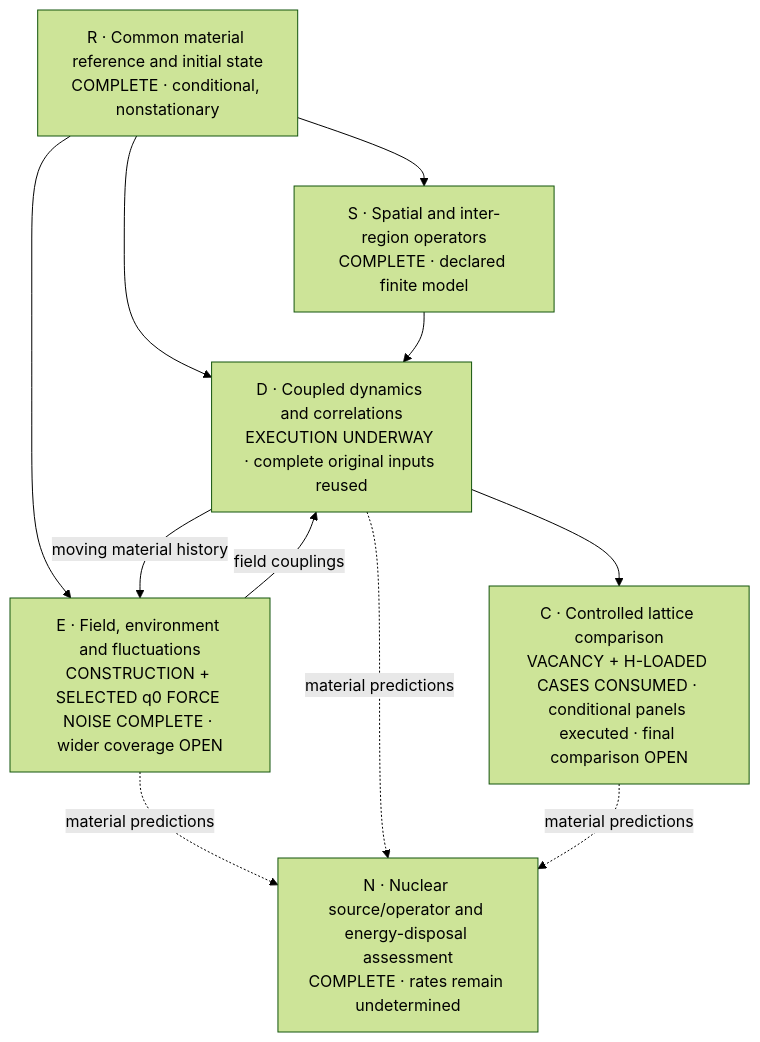
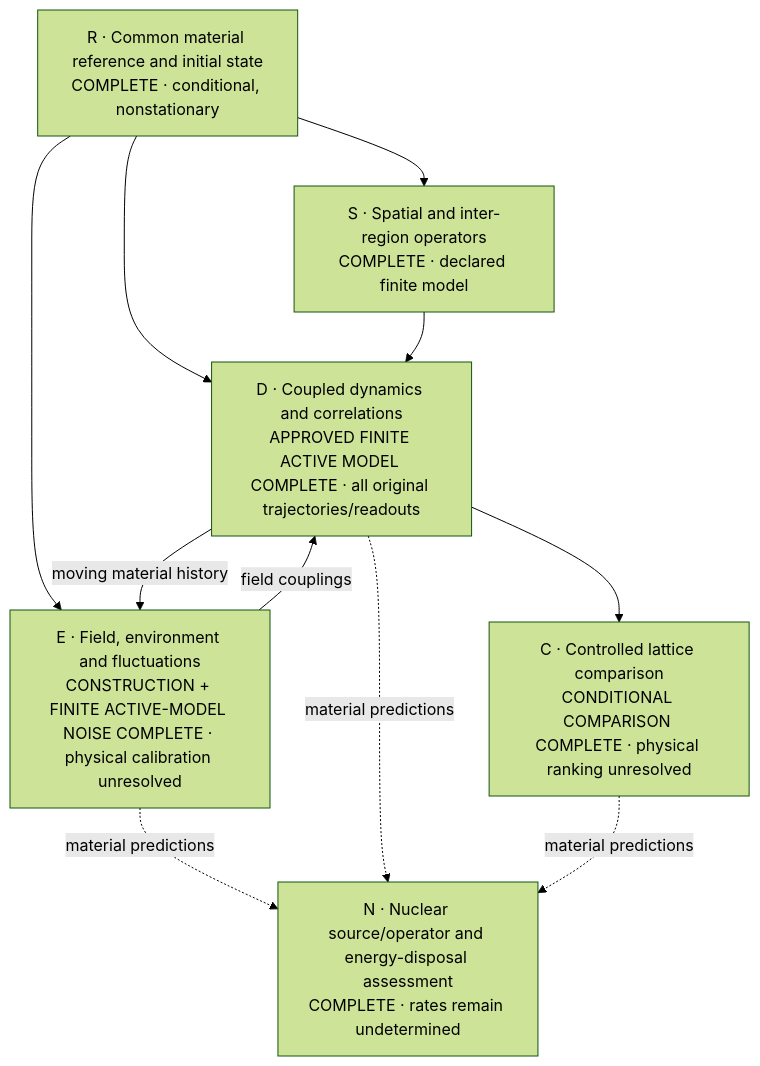
The first of 2 diagrams in proposals/P254-ni-collective-response/SOLUTION.md (vantasnerdan/substrate-framework), drawn with Mermaid (forest theme) before and after one commit. The commit also changed other lines of this file and 8 other files, not shown here.

Commit message:
Complete all original finite simulations and source-bound conditional scientific comparison

````diff
--- a/proposals/P254-ni-collective-response/SOLUTION.md
+++ b/proposals/P254-ni-collective-response/SOLUTION.md
@@ -18,19 +18,19 @@
 ```mermaid
 flowchart TD
     R["R · Common material reference and initial state\nCOMPLETE · conditional, nonstationary"]
     S["S · Spatial and inter-region operators\nCOMPLETE · declared finite model"]
-    E["E · Field, environment and fluctuations\nCONSTRUCTION + SELECTED q0 FORCE NOISE COMPLETE · wider coverage OPEN"]
-    D["D · Coupled dynamics and correlations\nEXECUTION UNDERWAY · complete original inputs reused"]
-    C["C · Controlled lattice comparison\nVACANCY + H-LOADED CASES CONSUMED · conditional panels executed · final comparison OPEN"]
+    E["E · Field, environment and fluctuations\nCONSTRUCTION + FINITE ACTIVE-MODEL NOISE COMPLETE · physical calibration unresolved"]
+    D["D · Coupled dynamics and correlations\nAPPROVED FINITE ACTIVE MODEL COMPLETE · all original trajectories/readouts"]
+    C["C · Controlled lattice comparison\nCONDITIONAL COMPARISON COMPLETE · physical ranking unresolved"]
     N["N · Nuclear source/operator and energy-disposal assessment\nCOMPLETE · rates remain undetermined"]
     R --> S
     R --> E
     R --> D
     S --> D
     E -- "field couplings" --> D
     D -- "moving material history" --> E
     D --> C
     E -. "material predictions" .-> N
     D -. "material predictions" .-> N
     C -. "material predictions" .-> N
 ```
````
